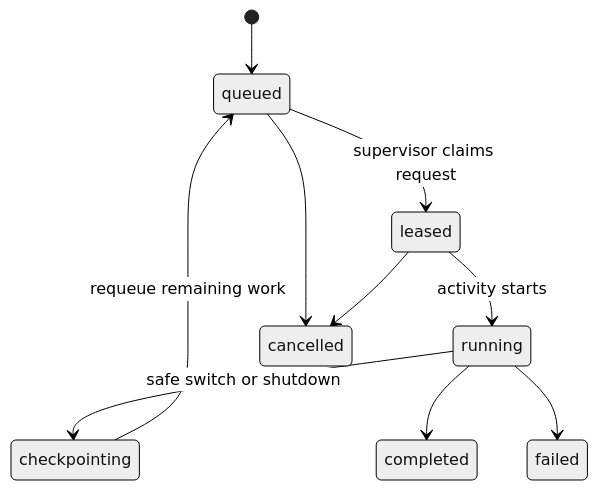
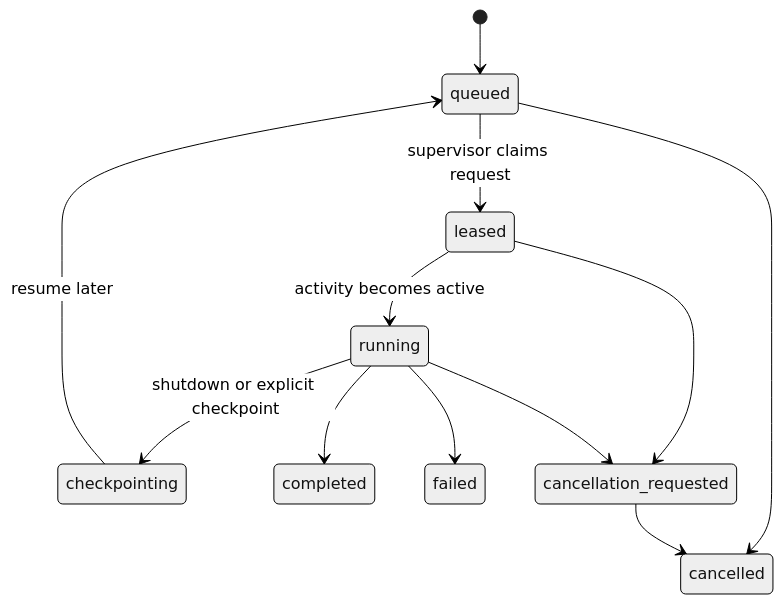
Before and after one commit to PJH6029/agent-ludens: the second of 2 diagrams in docs/architecture.md, drawn with Mermaid (neutral theme). The commit also changed other lines of this file and 10 other files, not shown here.

````diff
--- a/docs/architecture.md
+++ b/docs/architecture.md
@@ -134,12 +108,14 @@
 ```mermaid
 stateDiagram-v2
     [*] --> queued
     queued --> leased: supervisor claims request
-    leased --> running: activity starts
-    running --> checkpointing: safe switch or shutdown
-    checkpointing --> queued: requeue remaining work
+    leased --> running: activity becomes active
+    running --> checkpointing: shutdown or explicit checkpoint
+    checkpointing --> queued: resume later
     running --> completed
     running --> failed
     queued --> cancelled
-    leased --> cancelled
+    leased --> cancellation_requested
+    running --> cancellation_requested
+    cancellation_requested --> cancelled
 ```
````
